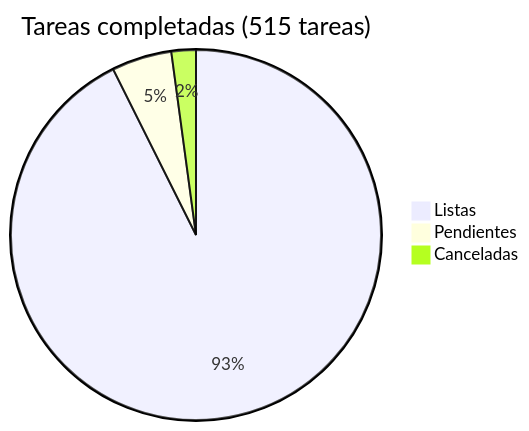
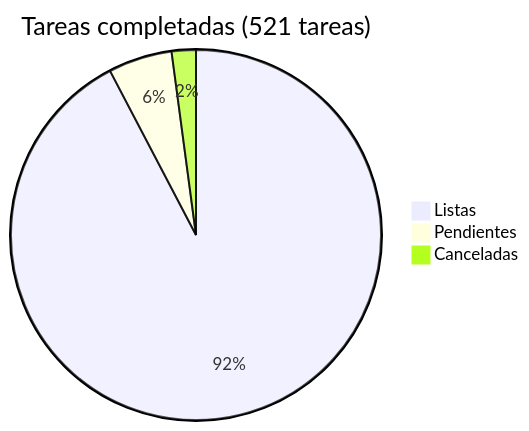
One commit to araguaney-lat/araguaney changed the diagram in docs/roadmap/README.md. Above: the diagram before and after it, drawn with Mermaid. The commit also changed other lines of this file and 3 other files, not shown here.

````diff
--- a/docs/roadmap/README.md
+++ b/docs/roadmap/README.md
@@ -5,6 +5,6 @@
 ```mermaid
-pie title Tareas completadas (515 tareas)
-    "Listas" : 477
-    "Pendientes" : 27
+pie title Tareas completadas (521 tareas)
+    "Listas" : 481
+    "Pendientes" : 29
     "Canceladas" : 11
 ```
````
